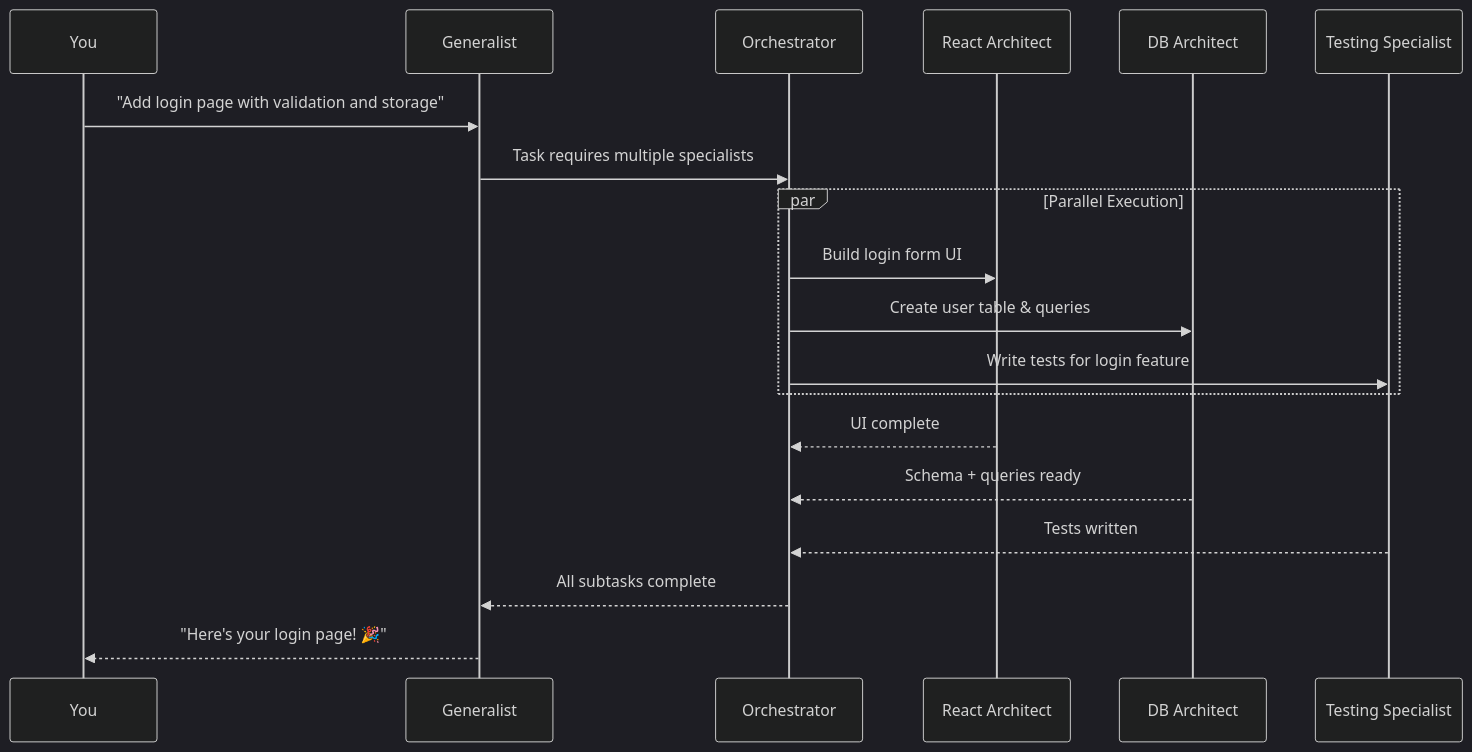
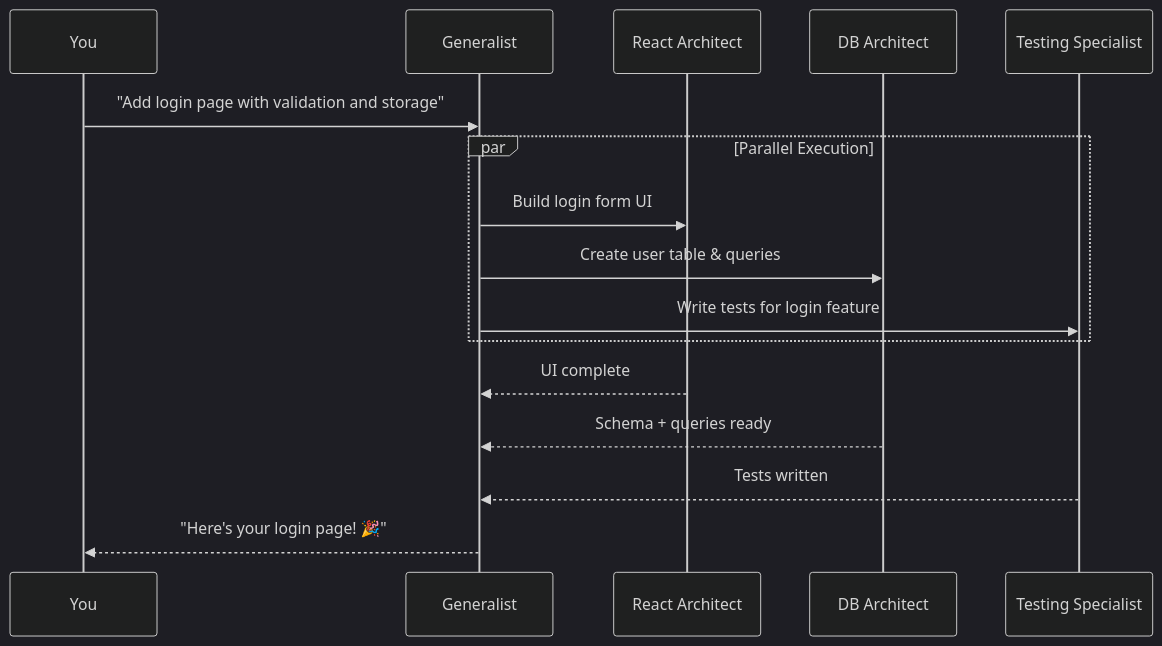
One commit to unosquare-eduardotorres/CodeAtelier changed the second of 2 diagrams in src/renderer/src/content/help/team.md. Above: the diagram before and after it, drawn with Mermaid (dark theme). The commit also changed other lines of this file and 65 other files, not shown here.

````diff
--- a/src/renderer/src/content/help/team.md
+++ b/src/renderer/src/content/help/team.md
@@ -88,24 +84,21 @@
 ```mermaid
 sequenceDiagram
   participant You
   participant Generalist
-  participant Orchestrator
   participant React as React Architect
   participant DB as DB Architect
   participant Test as Testing Specialist
 
   You->>Generalist: "Add login page with validation and storage"
-  Generalist->>Orchestrator: Task requires multiple specialists
 
   par Parallel Execution
-    Orchestrator->>React: Build login form UI
-    Orchestrator->>DB: Create user table & queries
-    Orchestrator->>Test: Write tests for login feature
+    Generalist->>React: Build login form UI
+    Generalist->>DB: Create user table & queries
+    Generalist->>Test: Write tests for login feature
   end
 
-  React-->>Orchestrator: UI complete
-  DB-->>Orchestrator: Schema + queries ready
-  Test-->>Orchestrator: Tests written
-  Orchestrator-->>Generalist: All subtasks complete
+  React-->>Generalist: UI complete
+  DB-->>Generalist: Schema + queries ready
+  Test-->>Generalist: Tests written
   Generalist-->>You: "Here's your login page! 🎉"
 ```
````
